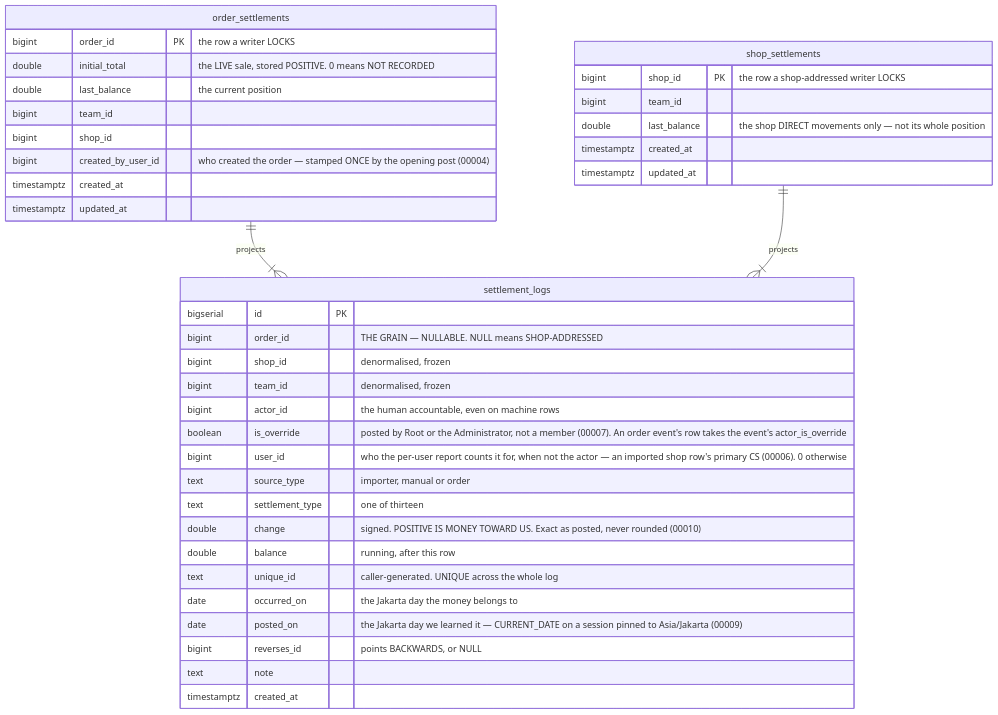
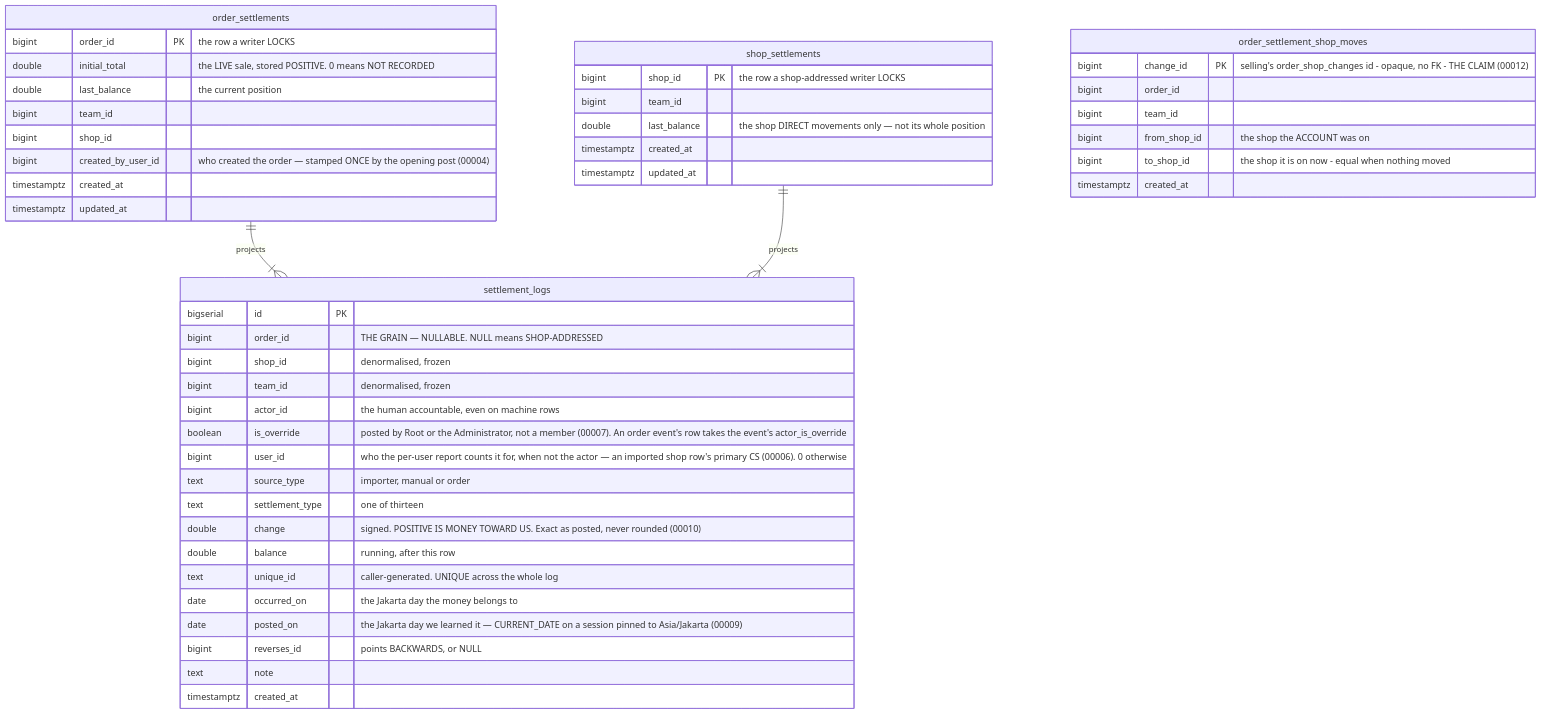
Diagram 21 of 26 in docs/database-schema.md (pdcgo/warehouse_revamp), drawn with Mermaid before and after one commit. The commit also changed other lines of this file and 429 other files, not shown here.

````diff
--- a/docs/database-schema.md
+++ b/docs/database-schema.md
@@ -2383,44 +2478,53 @@
 ```mermaid
 erDiagram
   settlement_logs {
     bigserial id PK
     bigint order_id "THE GRAIN — NULLABLE. NULL means SHOP-ADDRESSED"
     bigint shop_id "denormalised, frozen"
     bigint team_id "denormalised, frozen"
     bigint actor_id "the human accountable, even on machine rows"
     boolean is_override "posted by Root or the Administrator, not a member (00007). An order event's row takes the event's actor_is_override"
     bigint user_id "who the per-user report counts it for, when not the actor — an imported shop row's primary CS (00006). 0 otherwise"
     text source_type "importer, manual or order"
     text settlement_type "one of thirteen"
     double change "signed. POSITIVE IS MONEY TOWARD US. Exact as posted, never rounded (00010)"
     double balance "running, after this row"
     text unique_id "caller-generated. UNIQUE across the whole log"
     date occurred_on "the Jakarta day the money belongs to"
     date posted_on "the Jakarta day we learned it — CURRENT_DATE on a session pinned to Asia/Jakarta (00009)"
     bigint reverses_id "points BACKWARDS, or NULL"
     text note
     timestamptz created_at
   }
 
   order_settlements {
     bigint order_id PK "the row a writer LOCKS"
     double initial_total "the LIVE sale, stored POSITIVE. 0 means NOT RECORDED"
     double last_balance "the current position"
     bigint team_id
     bigint shop_id
     bigint created_by_user_id "who created the order — stamped ONCE by the opening post (00004)"
     timestamptz created_at
     timestamptz updated_at
   }
 
   shop_settlements {
     bigint shop_id PK "the row a shop-addressed writer LOCKS"
     bigint team_id
     double last_balance "the shop DIRECT movements only — not its whole position"
     timestamptz created_at
     timestamptz updated_at
   }
 
+  order_settlement_shop_moves {
+    bigint change_id PK "selling's order_shop_changes id - opaque, no FK - THE CLAIM (00012)"
+    bigint order_id
+    bigint team_id
+    bigint from_shop_id "the shop the ACCOUNT was on"
+    bigint to_shop_id "the shop it is on now - equal when nothing moved"
+    timestamptz created_at
+  }
+
   order_settlements ||--|{ settlement_logs : projects
   shop_settlements ||--|{ settlement_logs : projects
 ```
````
